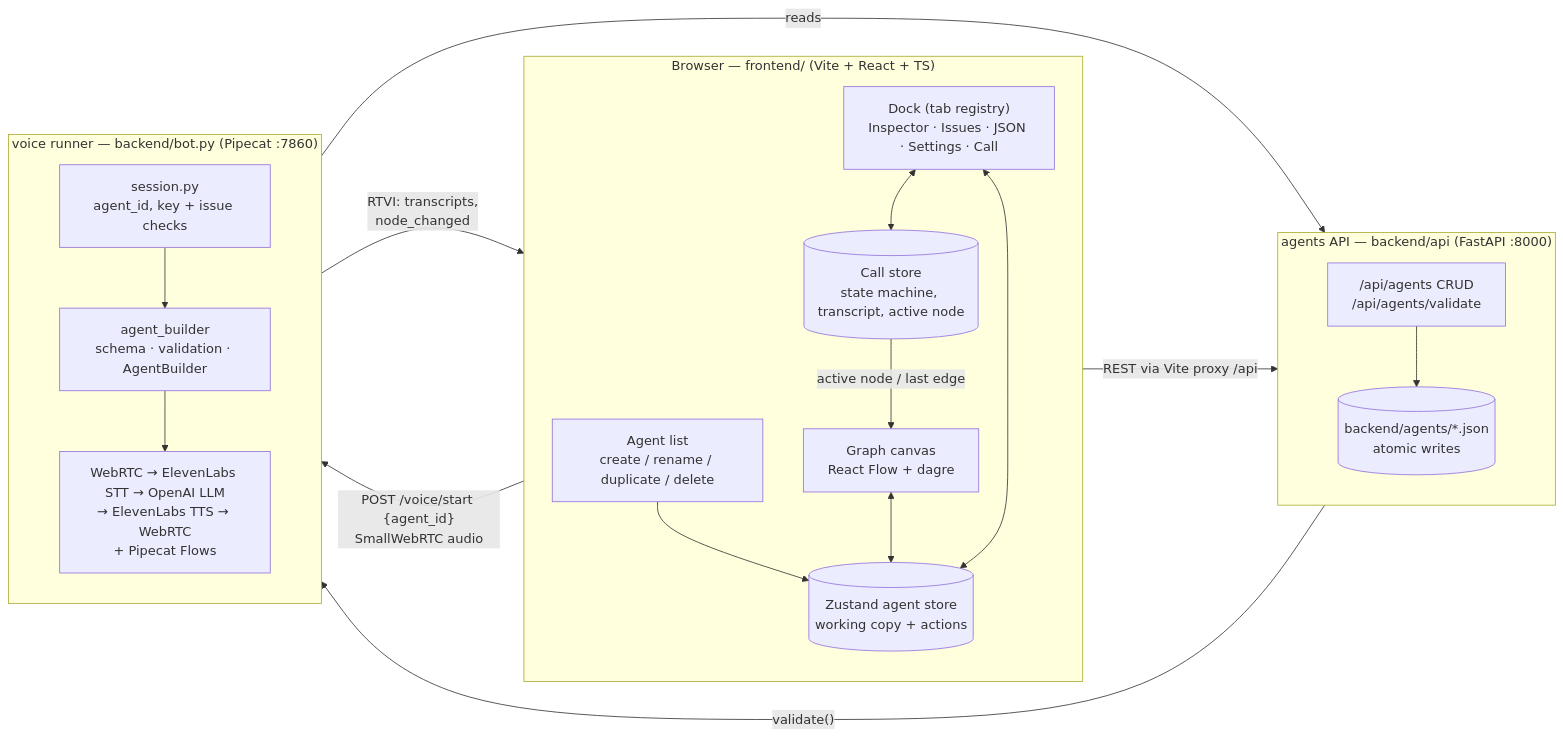
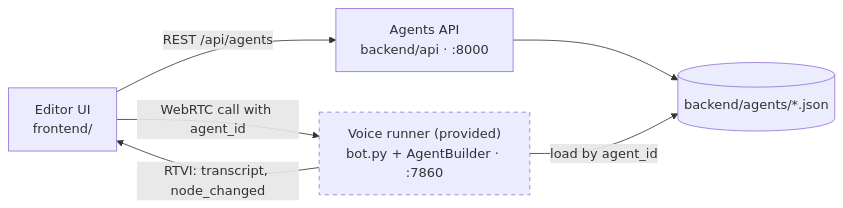
One commit to BorjaRuizdelgado/prosper-challenge-agent-copilot changed the diagram in solution.md. Above: the diagram before and after it, drawn with Mermaid. The commit also changed other lines of this file, not shown here.

````diff
--- a/solution.md
+++ b/solution.md
@@ -7,37 +7,16 @@
 ```mermaid
 flowchart LR
-    subgraph Browser["Browser — frontend/ (Vite + React + TS)"]
-        direction TB
-        List["Agent list<br/>create / rename / duplicate / delete"]
-        Canvas["Graph canvas<br/>React Flow + dagre"]
-        Dock["Dock (tab registry)<br/>Inspector · Issues · JSON · Settings · Call"]
-        Store[("Zustand agent store<br/>working copy + actions")]
-        CallStore[("Call store<br/>state machine, transcript, active node")]
-        List --> Store
-        Canvas <--> Store
-        Dock <--> Store
-        Dock <--> CallStore
-        CallStore -- "active node / last edge" --> Canvas
-    end
+    UI["Editor UI<br/>frontend/"]
+    API["Agents API<br/>backend/api · :8000"]
+    Files[("backend/agents/*.json")]
+    Runner["Voice runner (provided)<br/>bot.py + AgentBuilder · :7860"]
 
-    subgraph API["agents API — backend/api (FastAPI :8000)"]
-        direction TB
-        Routes["/api/agents CRUD<br/>/api/agents/validate"]
-        Files[("backend/agents/*.json<br/>atomic writes")]
-        Routes --> Files
-    end
+    UI -- "REST /api/agents" --> API
+    API --> Files
+    Runner -- "load by agent_id" --> Files
+    UI -- "WebRTC call with agent_id" --> Runner
+    Runner -- "RTVI: transcript, node_changed" --> UI
 
-    subgraph Voice["voice runner — backend/bot.py (Pipecat :7860)"]
-        direction TB
-        Session["session.py<br/>agent_id, key + issue checks"]
-        Builder["agent_builder<br/>schema · validation · AgentBuilder"]
-        Pipeline["WebRTC → ElevenLabs STT → OpenAI LLM<br/>→ ElevenLabs TTS → WebRTC<br/>+ Pipecat Flows"]
-        Session --> Builder --> Pipeline
-    end
-
-    Store -- "REST via Vite proxy /api" --> Routes
-    Routes -- "validate()" --> Builder
-    Builder -- "reads" --> Files
-    CallStore -- "POST /voice/start {agent_id}<br/>SmallWebRTC audio" --> Session
-    Pipeline -- "RTVI: transcripts,<br/>node_changed" --> CallStore
+    classDef provided stroke-dasharray: 5 5
+    class Runner provided
 ```
````
